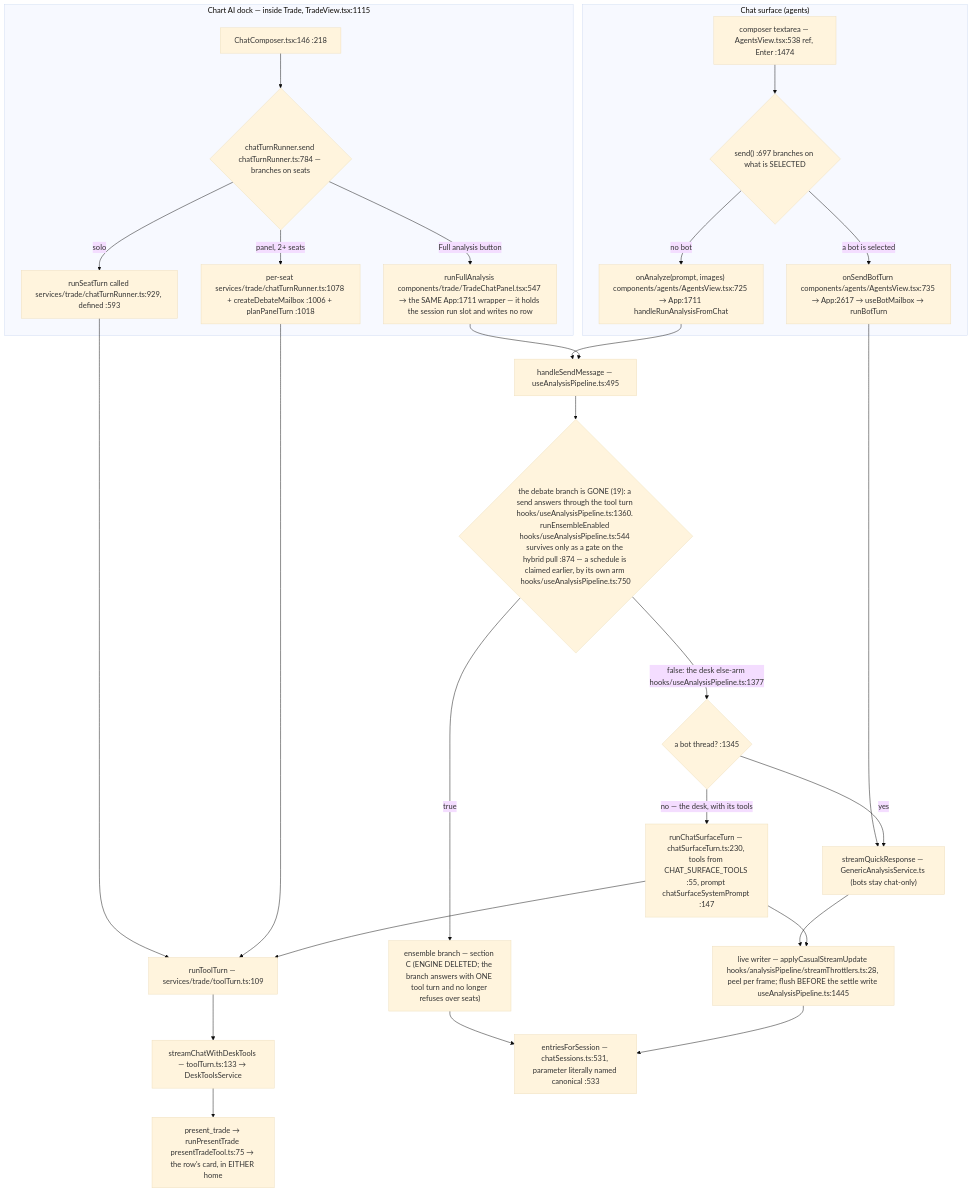
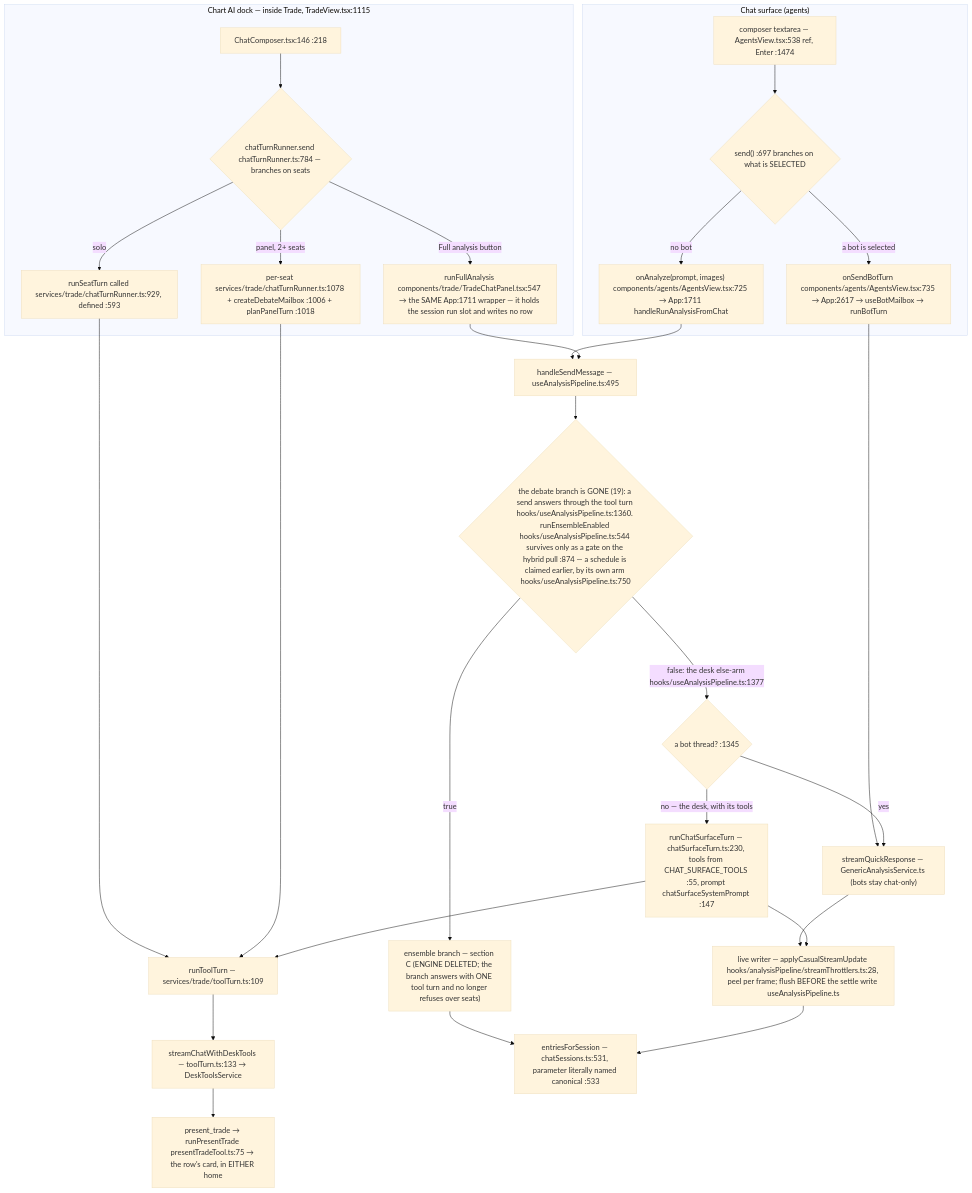
The second of 7 diagrams in docs/app-flow.md (Acepay25/august-3.5), drawn with Mermaid (base theme) before and after one commit. The commit also changed other lines of this file and 2 other files, not shown here.

````diff
--- a/docs/app-flow.md
+++ b/docs/app-flow.md
@@ -60,31 +60,31 @@
 ```mermaid
 flowchart TD
     subgraph CHAT["Chat surface (agents)"]
         CB["composer textarea — AgentsView.tsx:538 ref, Enter :1474"] --> D1{"send() :697 branches on what is SELECTED"}
         D1 -->|a bot is selected| BOT["onSendBotTurn components/agents/AgentsView.tsx:735 → App:2617 → useBotMailbox → runBotTurn"]
         D1 -->|no bot| AN["onAnalyze(prompt, images) components/agents/AgentsView.tsx:725 → App:1711 handleRunAnalysisFromChat"]
     end
     subgraph DOCK["Chart AI dock — inside Trade, TradeView.tsx:1115"]
         DC["ChatComposer.tsx:146 :218"] --> D2{"chatTurnRunner.send chatTurnRunner.ts:784 — branches on seats"}
         D2 -->|solo| SO["runSeatTurn called services/trade/chatTurnRunner.ts:929, defined :593"]
         D2 -->|panel, 2+ seats| PN["per-seat services/trade/chatTurnRunner.ts:1078 + createDebateMailbox :1006 + planPanelTurn :1018"]
         D2 -->|Full analysis button| FA["runFullAnalysis components/trade/TradeChatPanel.tsx:547 → the SAME App:1711 wrapper — it holds the session run slot and writes no row"]
     end
     SO --> TT["runToolTurn — services/trade/toolTurn.ts:109"]
     PN --> TT
     TT --> SCDT["streamChatWithDeskTools — toolTurn.ts:133 → DeskToolsService"]
     BOT --> TR["streamQuickResponse — GenericAnalysisService.ts (bots stay chat-only)"]
     AN --> HSM["handleSendMessage — useAnalysisPipeline.ts:495"]
     FA --> HSM
     HSM --> D3{"the debate branch is GONE (19): a send answers through the tool turn hooks/useAnalysisPipeline.ts:1360. runEnsembleEnabled hooks/useAnalysisPipeline.ts:544 survives only as a gate on the hybrid pull :874 — a schedule is claimed earlier, by its own arm hooks/useAnalysisPipeline.ts:750"}
     D3 -->|true| ENS["ensemble branch — section C (ENGINE DELETED; the branch answers with ONE tool turn and no longer refuses over seats)"]
     D3 -->|false: the desk else-arm hooks/useAnalysisPipeline.ts:1377| SPLIT{"a bot thread? :1345"}
     SPLIT -->|yes| TR
     SPLIT -->|no — the desk, with its tools| CST["runChatSurfaceTurn — chatSurfaceTurn.ts:230, tools from CHAT_SURFACE_TOOLS :55, prompt chatSurfaceSystemPrompt :147"]
     CST --> TT
-    TR --> LW["live writer — applyCasualStreamUpdate hooks/analysisPipeline/streamThrottlers.ts:28, peel per frame; flush BEFORE the settle write useAnalysisPipeline.ts:1445"]
+    TR --> LW["live writer — applyCasualStreamUpdate hooks/analysisPipeline/streamThrottlers.ts:28, peel per frame; flush BEFORE the settle write useAnalysisPipeline.ts"]
     CST --> LW
     ENS --> MERGE
     LW --> MERGE["entriesForSession — chatSessions.ts:531, parameter literally named canonical :533"]
     SCDT --> PT["present_trade → runPresentTrade presentTradeTool.ts:75 → the row's card, in EITHER home"]
 ```
````
